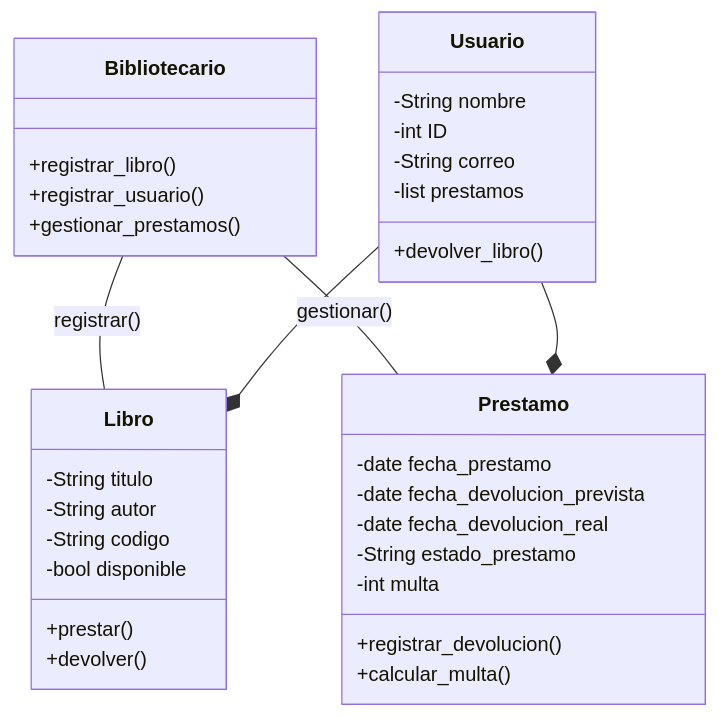
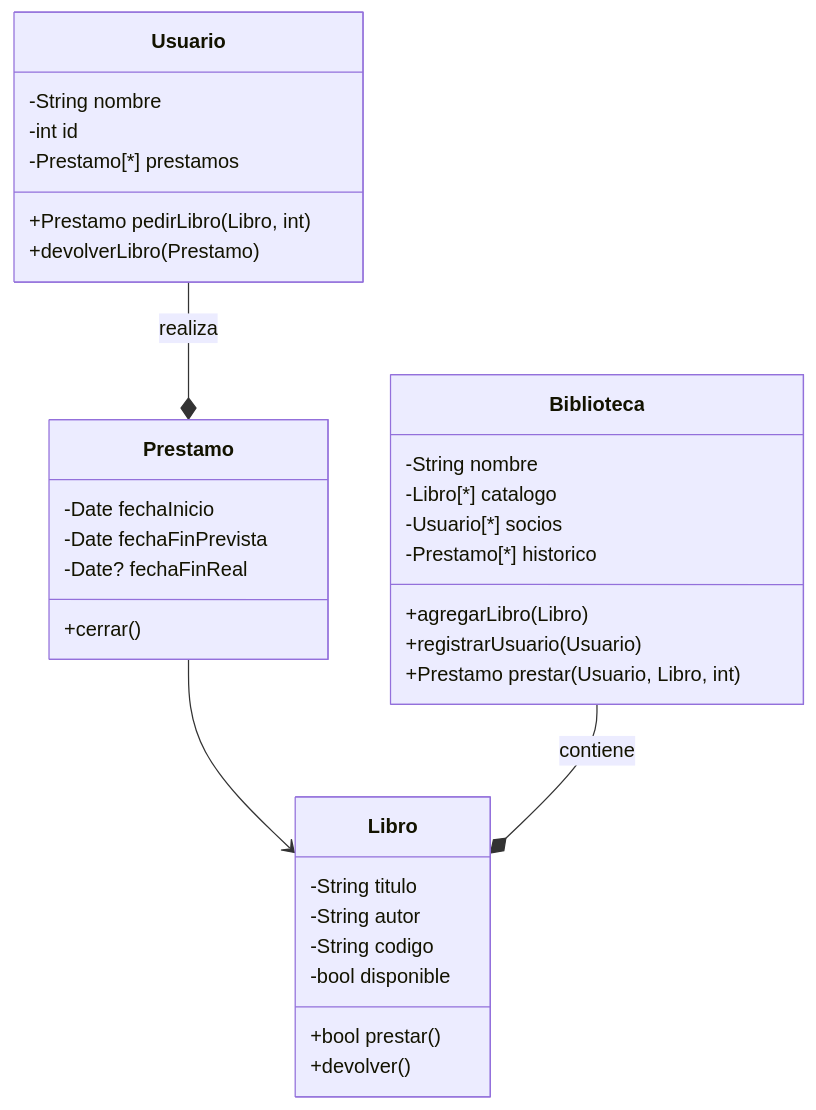
The diagram in diagrama_biblioteca.md (Jimeeee06/reto_2), drawn with Mermaid before and after one commit.

````diff
--- a/diagrama_biblioteca.md
+++ b/diagrama_biblioteca.md
@@ -2,43 +2,44 @@
 ```mermaid
 classDiagram
-  direction TB
+    direction TB
 
-  class Libro {
-    -String titulo
-    -String autor
-    -String codigo
-    -bool disponible
-    +prestar()
-    +devolver()
-  }
+    class Libro {
+        -String titulo
+        -String autor
+        -String codigo
+        -bool disponible
+        +bool prestar()
+        +devolver()
+    }
 
-  class Usuario {
-    -String nombre
-    -int ID
-    -String correo
-    -list prestamos
-    +devolver_libro()
-  }
+    class Usuario {
+        -String nombre
+        -int id
+        -Prestamo[*] prestamos
+        +Prestamo pedirLibro(Libro, int)
+        +devolverLibro(Prestamo)
+    }
 
-  class Bibliotecario {
-    +registrar_libro()
-    +registrar_usuario()
-    +gestionar_prestamos()
-  }
+    class Prestamo {
+        -Date fechaInicio
+        -Date fechaFinPrevista
+        -Date? fechaFinReal
+        +cerrar()
+    }
 
-  class Prestamo {
-    -date fecha_prestamo
-    -date fecha_devolucion_prevista
-    -date fecha_devolucion_real
-    -String estado_prestamo
-    -int multa
-    +registrar_devolucion()
-    +calcular_multa()
-  }
 
-  Bibliotecario -- Prestamo : gestionar()
-  Bibliotecario -- Libro : registrar()
-  Usuario --* Libro
-  Usuario --* Prestamo
-  
+    class Biblioteca {
+        -String nombre
+        -Libro[*] catalogo
+        -Usuario[*] socios
+        -Prestamo[*] historico
+        +agregarLibro(Libro)
+        +registrarUsuario(Usuario)
+        +Prestamo prestar(Usuario, Libro, int)
+    }
+
+    Usuario      --*  Prestamo   : realiza
+    Prestamo     -->     Libro
+    Biblioteca   --*  Libro      : contiene
+
 ```
````
